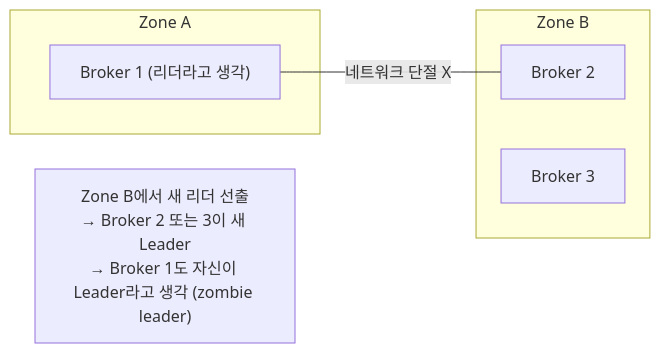
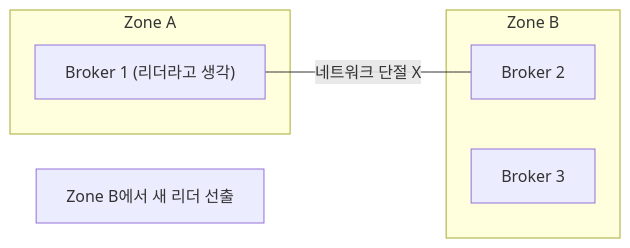
Diagram 16 of 21 in _posts/kafka/2026-05-01-kafka-extreme-scenarios.md (yjkim2015/yjkim2015.github.io), drawn with Mermaid before and after one commit. The commit also changed other lines of this file and 271 other files, not shown here.

First line of the commit message:
Mermaid 라벨 축소: 긴 노드 텍스트 18자 이하로 트림 + \n 제거

````diff
--- a/_posts/kafka/2026-05-01-kafka-extreme-scenarios.md
+++ b/_posts/kafka/2026-05-01-kafka-extreme-scenarios.md
@@ -525,12 +525,12 @@
 ```mermaid
 graph LR
     subgraph zoneA["Zone A"]
         B1["Broker 1 (리더라고 생각)"]
     end
     subgraph zoneB["Zone B"]
         B2["Broker 2"]
         B3["Broker 3"]
     end
     B1 ---|네트워크 단절 X| B2
-    Note1["Zone B에서 새 리더 선출\n→ Broker 2 또는 3이 새 Leader\n→ Broker 1도 자신이 Leader라고 생각 (zombie leader)"]
+    Note1["Zone B에서 새 리더 선출\n"]
 ```
````
